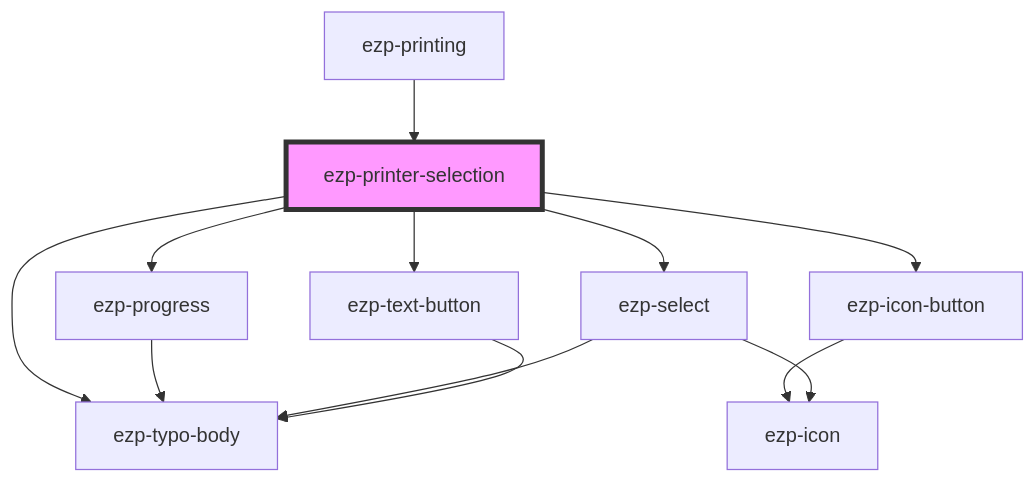
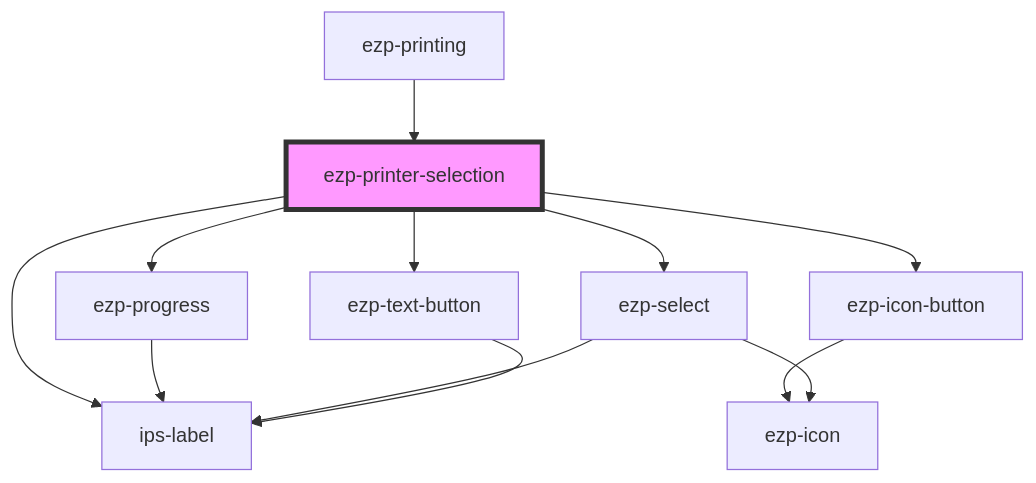
Before and after one commit to ezeep/ezeep-js: the diagram in src/components/ezp-printer-selection/readme.md, drawn with Mermaid. The commit also changed other lines of this file and 26 other files, not shown here.

````diff
--- a/src/components/ezp-printer-selection/readme.md
+++ b/src/components/ezp-printer-selection/readme.md
@@ -56,15 +53,15 @@
 ```mermaid
 graph TD;
   ezp-printer-selection --> ezp-progress
-  ezp-printer-selection --> ezp-typo-body
+  ezp-printer-selection --> ips-label
   ezp-printer-selection --> ezp-icon-button
   ezp-printer-selection --> ezp-select
   ezp-printer-selection --> ezp-text-button
-  ezp-progress --> ezp-typo-body
+  ezp-progress --> ips-label
   ezp-icon-button --> ezp-icon
   ezp-select --> ezp-icon
-  ezp-select --> ezp-typo-body
-  ezp-text-button --> ezp-typo-body
+  ezp-select --> ips-label
+  ezp-text-button --> ips-label
   ezp-printing --> ezp-printer-selection
   style ezp-printer-selection fill:#f9f,stroke:#333,stroke-width:4px
 ```
````
